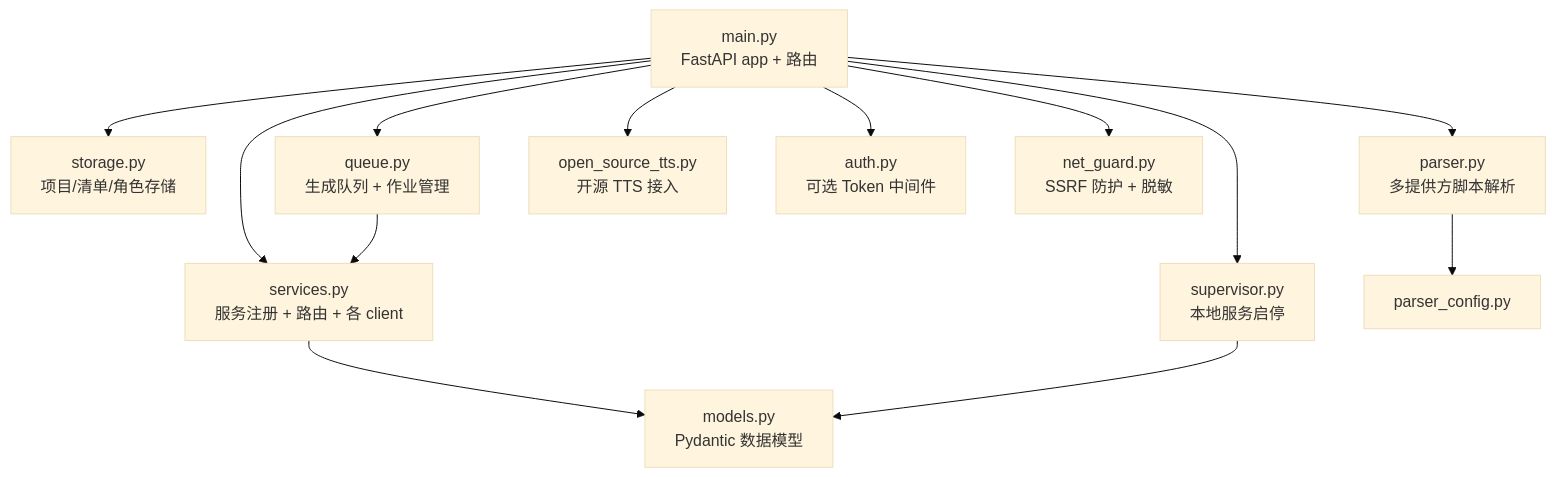
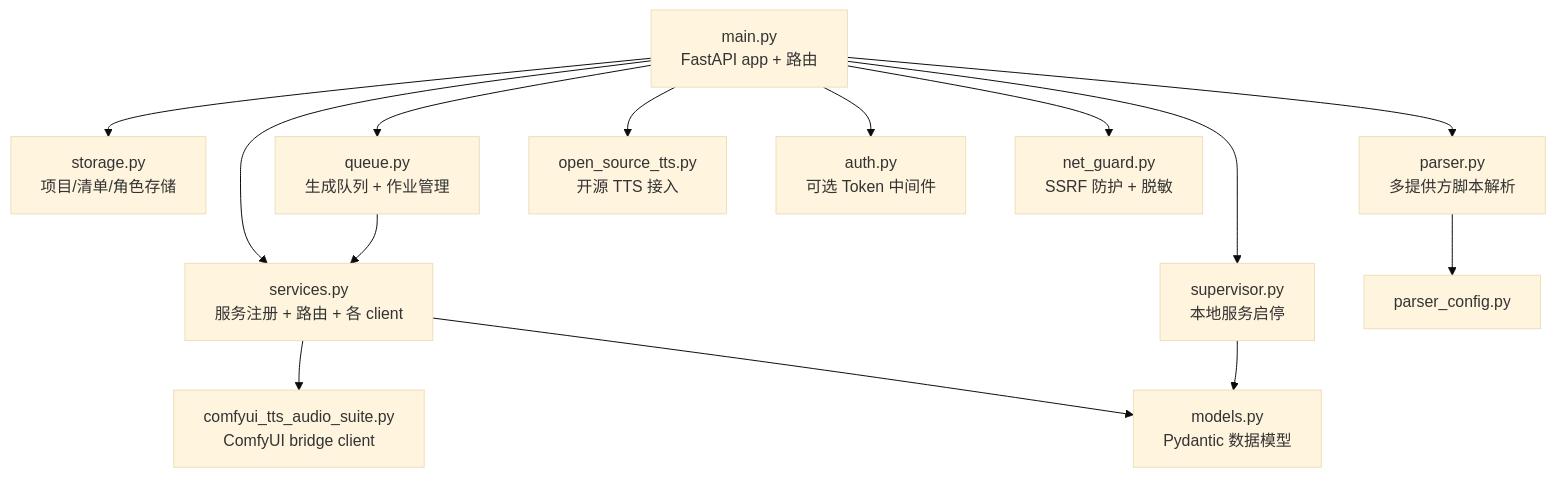
One commit to XucroYuri/TTS_more changed the second of 3 diagrams in docs/architecture.md. Above: the diagram before and after it, drawn with Mermaid (base theme). The commit also changed other lines of this file and 3 other files, not shown here.

````diff
--- a/docs/architecture.md
+++ b/docs/architecture.md
@@ -25,16 +25,17 @@
 ```mermaid
 flowchart TD
     main[main.py<br/>FastAPI app + 路由]
     main --> storage[storage.py<br/>项目/清单/角色存储]
     main --> services[services.py<br/>服务注册 + 路由 + 各 client]
+    services --> comfy[comfyui_tts_audio_suite.py<br/>ComfyUI bridge client]
     main --> queue[queue.py<br/>生成队列 + 作业管理]
     main --> parser[parser.py<br/>多提供方脚本解析]
     main --> supervisor[supervisor.py<br/>本地服务启停]
     main --> open[open_source_tts.py<br/>开源 TTS 接入]
     main --> auth[auth.py<br/>可选 Token 中间件]
     main --> net[net_guard.py<br/>SSRF 防护 + 脱敏]
     services --> models[models.py<br/>Pydantic 数据模型]
     queue --> services
     parser --> parser_config[parser_config.py]
     supervisor --> models
 ```
````
